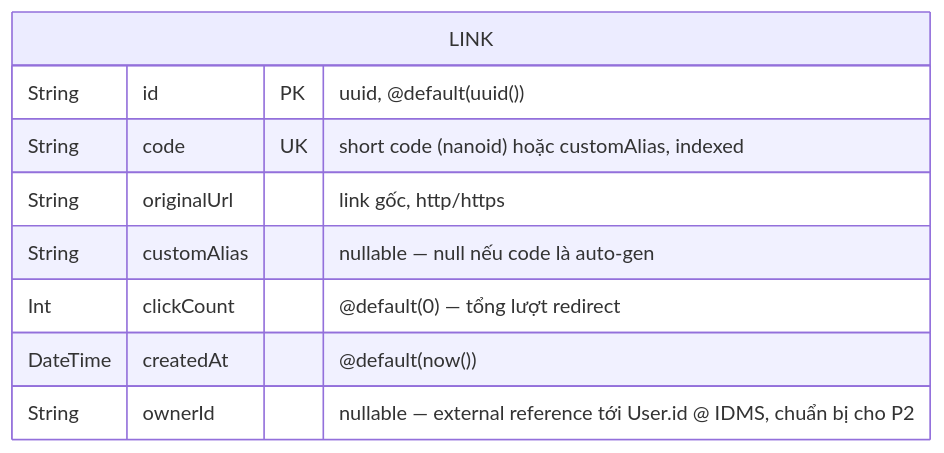
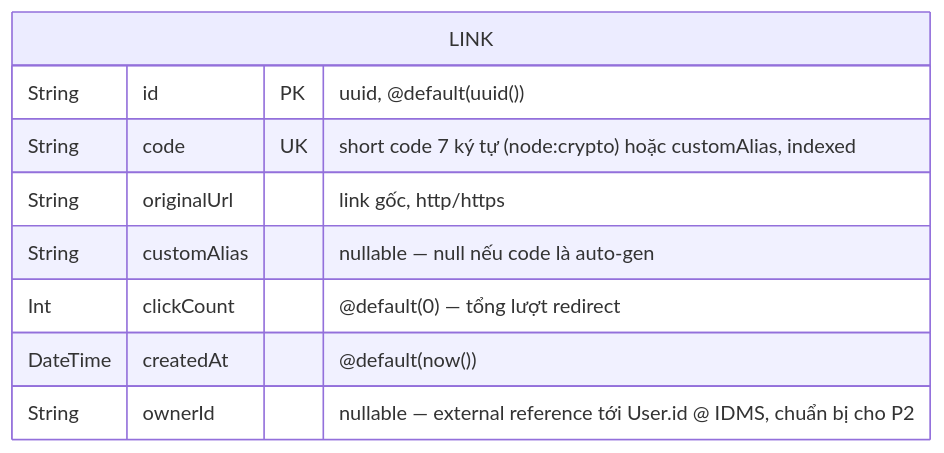
One commit to LeVanAnhDuc/web-app-shorten-link changed the diagram in docs/erd.md. Above: the diagram before and after it, drawn with Mermaid. The commit also changed other lines of this file and 10 other files, not shown here.

First line of the commit message:
docs: record F1 in README, goals, ERD and CLAUDE.md files

````diff
--- a/docs/erd.md
+++ b/docs/erd.md
@@ -15,12 +15,12 @@
 ```mermaid
 erDiagram
     LINK {
         String id PK "uuid, @default(uuid())"
-        String code UK "short code (nanoid) hoặc customAlias, indexed"
+        String code UK "short code 7 ký tự (node:crypto) hoặc customAlias, indexed"
         String originalUrl "link gốc, http/https"
         String customAlias "nullable — null nếu code là auto-gen"
         Int clickCount "@default(0) — tổng lượt redirect"
         DateTime createdAt "@default(now())"
         String ownerId "nullable — external reference tới User.id @ IDMS, chuẩn bị cho P2"
     }
 ```
````
